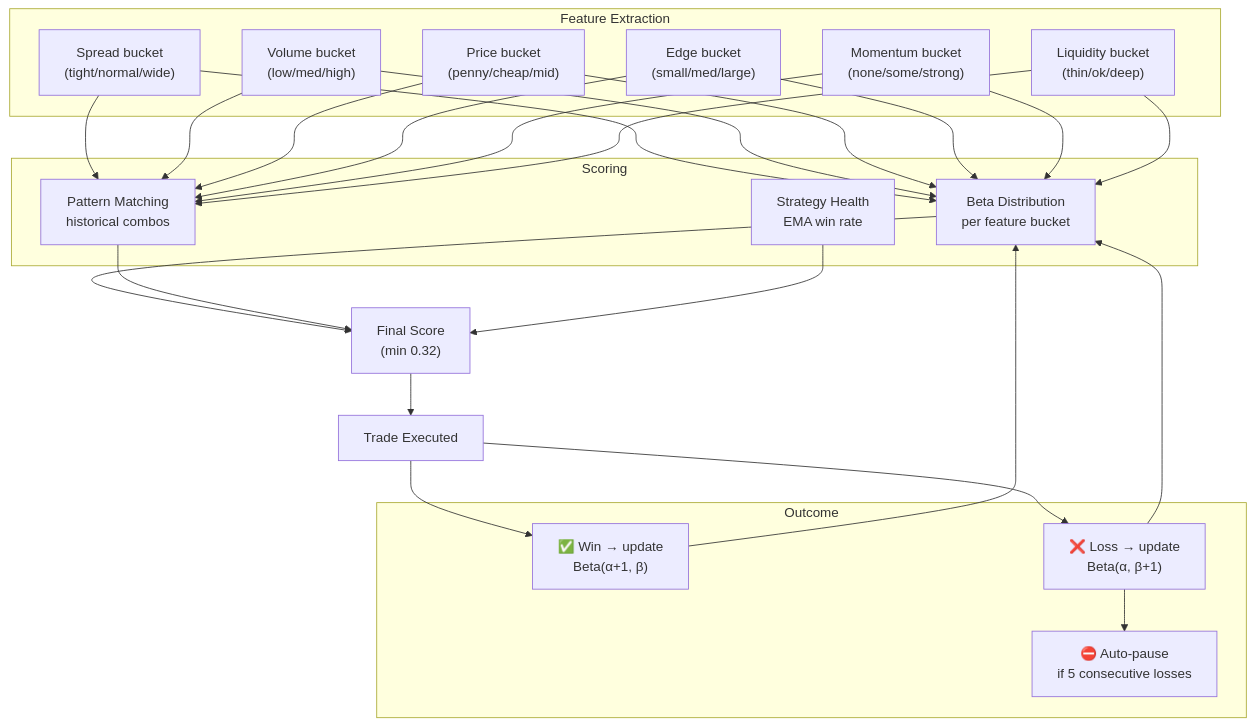
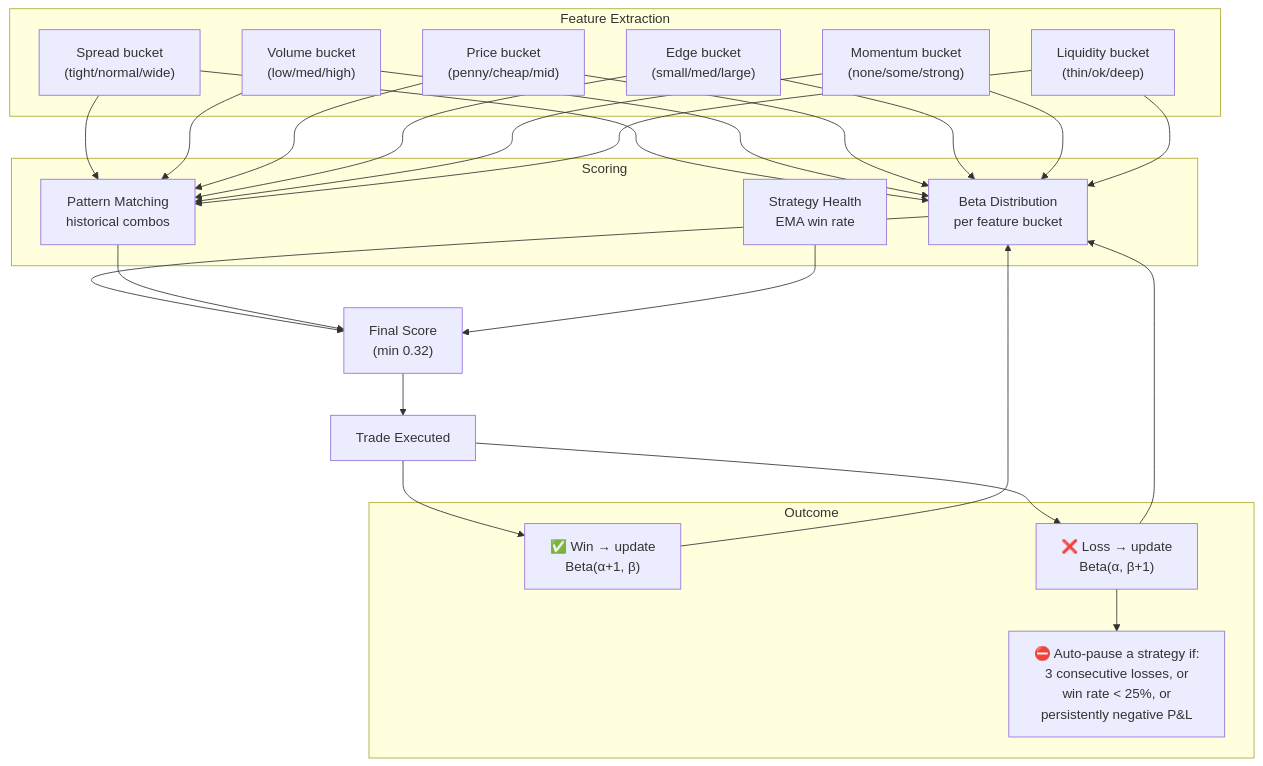
One commit to diegocrisafu/expense changed the fifth of 5 diagrams in README.md. Above: the diagram before and after it, drawn with Mermaid. The commit also changed other lines of this file, not shown here.

````diff
--- a/README.md
+++ b/README.md
@@ -184,32 +218,32 @@
 ```mermaid
 graph TB
     subgraph "Feature Extraction"
         F1["Spread bucket<br/>(tight/normal/wide)"]
         F2["Volume bucket<br/>(low/med/high)"]
         F3["Price bucket<br/>(penny/cheap/mid)"]
         F4["Edge bucket<br/>(small/med/large)"]
         F5["Momentum bucket<br/>(none/some/strong)"]
         F6["Liquidity bucket<br/>(thin/ok/deep)"]
     end
 
     subgraph "Scoring"
         BETA["Beta Distribution<br/>per feature bucket"]
         PAT["Pattern Matching<br/>historical combos"]
         STRAT["Strategy Health<br/>EMA win rate"]
     end
 
     subgraph "Outcome"
         WIN["✅ Win → update<br/>Beta(α+1, β)"]
         LOSE["❌ Loss → update<br/>Beta(α, β+1)"]
-        PAUSE["⛔ Auto-pause<br/>if 5 consecutive losses"]
+        PAUSE["⛔ Auto-pause a strategy if:<br/>3 consecutive losses, or<br/>win rate < 25%, or<br/>persistently negative P&L"]
     end
 
     F1 & F2 & F3 & F4 & F5 & F6 --> BETA & PAT
     BETA --> SCORE["Final Score<br/>(min 0.32)"]
     PAT --> SCORE
     STRAT --> SCORE
     SCORE --> TRADE["Trade Executed"]
     TRADE --> WIN & LOSE
     WIN & LOSE --> BETA
     LOSE --> PAUSE
 ```
````
